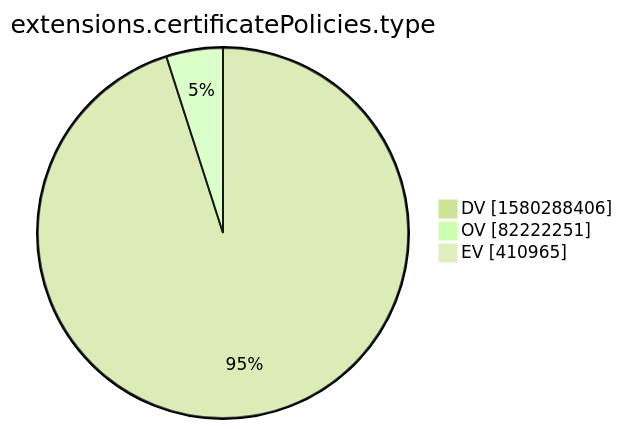
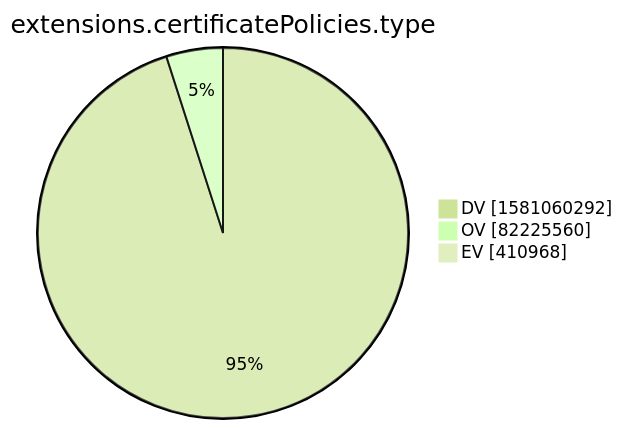
One commit to christiankrug/ctmonitor_visualization changed the tenth of 15 diagrams in xenon2022/README.md. Above: the diagram before and after it, drawn with Mermaid (forest theme). The commit also changed other lines of this file, not shown here.

````diff
--- a/xenon2022/README.md
+++ b/xenon2022/README.md
@@ -2877,7 +2877,7 @@
 ```mermaid
 pie showData
 title extensions.certificatePolicies.type
-"DV" :1580288406
-"OV" :82222251
-"EV" :410965
+"DV" :1581060292
+"OV" :82225560
+"EV" :410968
 ```
````
